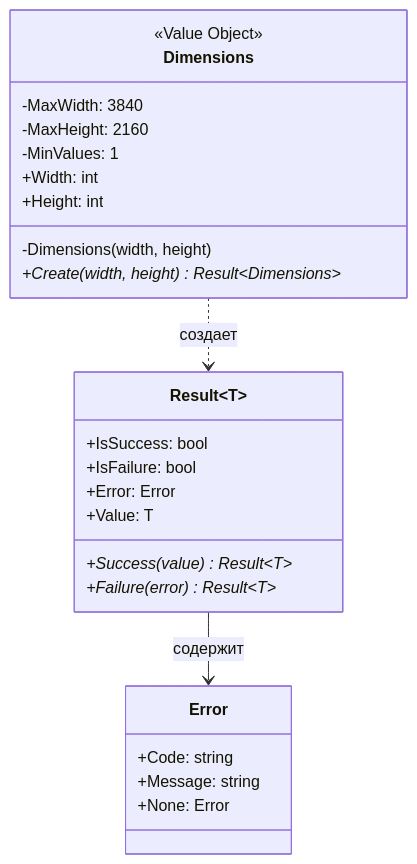
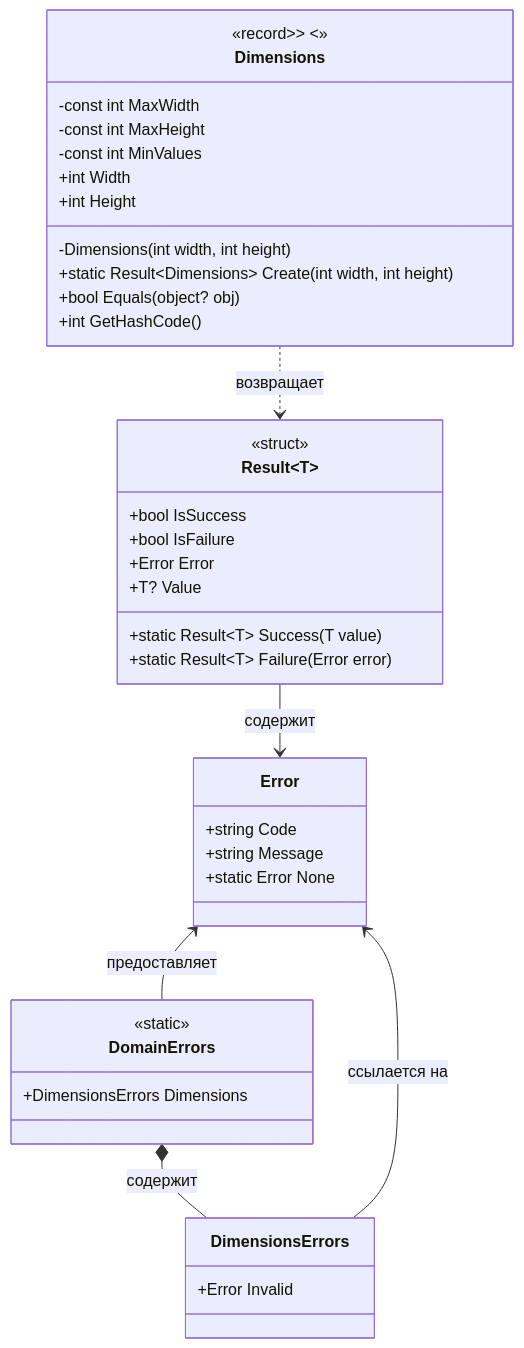
The diagram in ClassDiagrammValueObject.md (college-top-vrn/PhotoCatalog), drawn with Mermaid before and after one commit.

````diff
--- a/ClassDiagrammValueObject.md
+++ b/ClassDiagrammValueObject.md
@@ -3,31 +3,46 @@
 ```mermaid
 classDiagram
+    class Result~T~ {
+        <<struct>>
+        +bool IsSuccess
+        +bool IsFailure
+        +Error Error
+        +T? Value
+        +static Result~T~ Success(T value)
+        +static Result~T~ Failure(Error error)
+    }
+
+    class Error {
+        +string Code
+        +string Message
+        +static Error None
+    }
+
+    class DomainErrors {
+        <<static>>
+        +DimensionsErrors Dimensions
+    }
+
+    class DimensionsErrors {
+        +Error Invalid
+    }
+
     class Dimensions {
-        <<Value Object>>
-        -MaxWidth: 3840
-        -MaxHeight: 2160
-        -MinValues: 1
-        +Width: int
-        +Height: int
-        -Dimensions(width, height)
-        +Create(width, height)* Result~Dimensions~
+        <<record>> <<Value Object>>
+        -const int MaxWidth
+        -const int MaxHeight
+        -const int MinValues
+        +int Width
+        +int Height
+        -Dimensions(int width, int height)
+        +static Result~Dimensions~ Create(int width, int height)
+        +bool Equals(object? obj)
+        +int GetHashCode()
     }
-    
-    class Result~T~ {
-        +IsSuccess: bool
-        +IsFailure: bool
-        +Error: Error
-        +Value: T
-        +Success(value)* Result~T~
-        +Failure(error)* Result~T~
-    }
-    
-    class Error {
-        +Code: string
-        +Message: string
-        +None: Error
-    }
-    
-    Dimensions ..> Result~Dimensions~ : создает
+
+    Dimensions ..> Result~Dimensions~ : возвращает
     Result~Dimensions~ --> Error : содержит
+    Error <-- DomainErrors : предоставляет
+    DomainErrors *-- DimensionsErrors : содержит
+    DimensionsErrors --> Error : ссылается на
 ```
````
